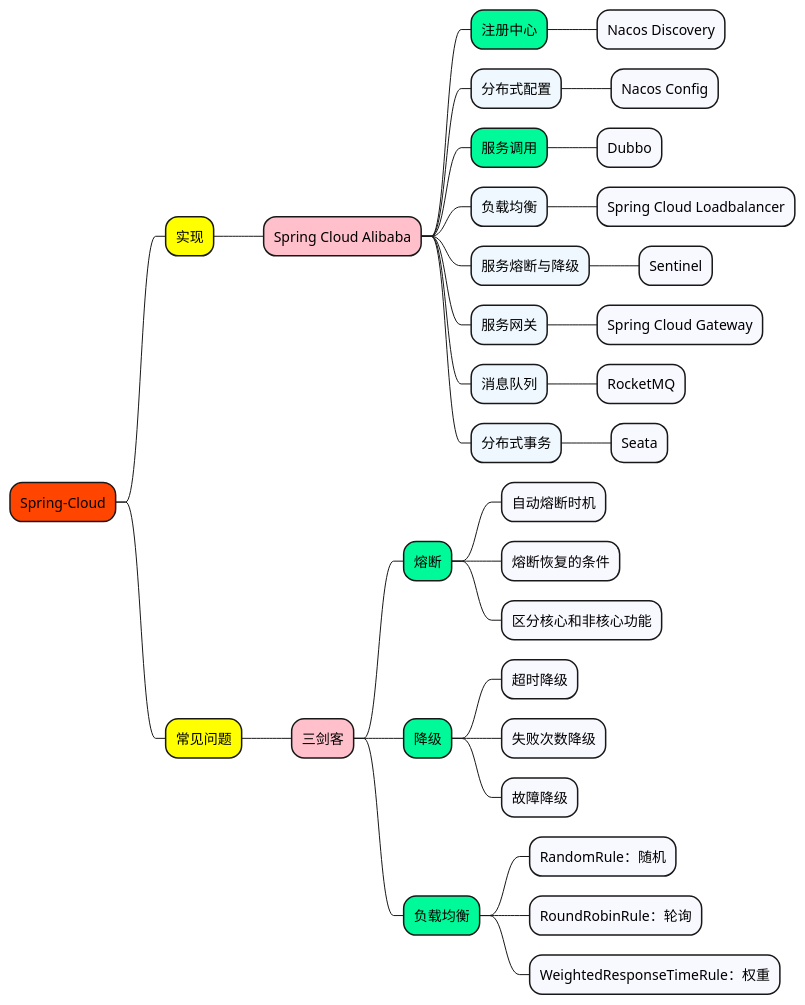
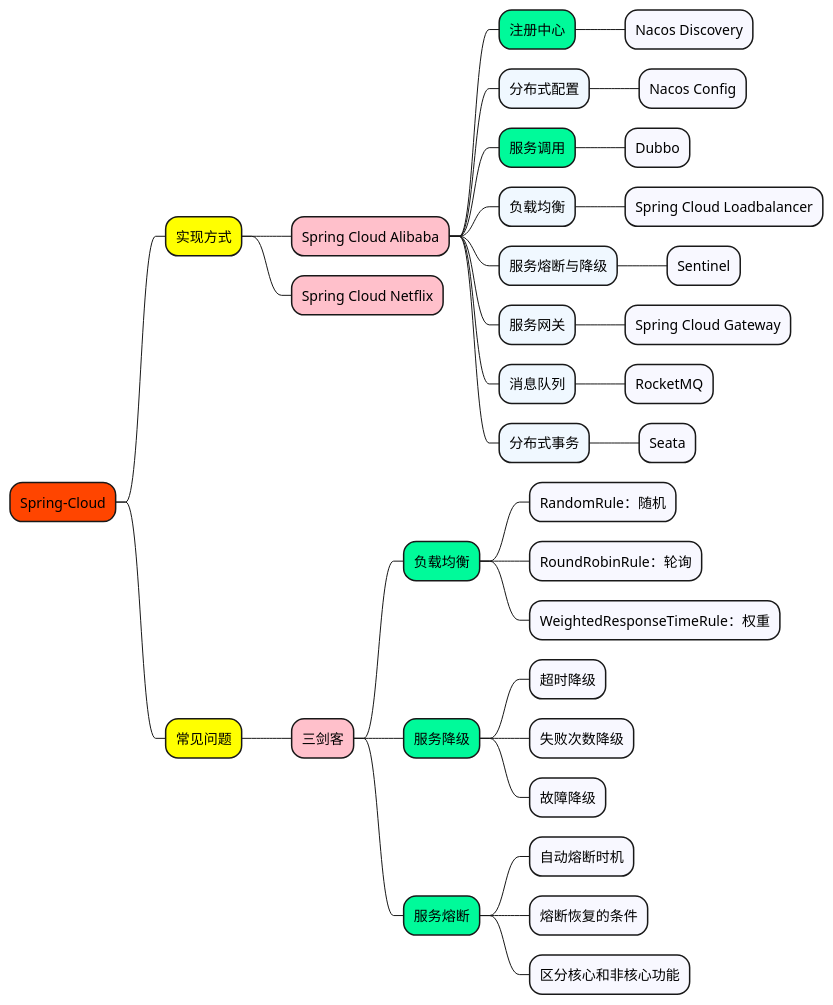
The diagram in 1_map/framework/Spring-Cloud.puml (doveg/self-cultivation-of-a-software-engineer), drawn with PlantUML before and after one commit. The commit also changed 16 other files, not shown here.

```diff
--- a/1_map/framework/Spring-Cloud.puml
+++ b/1_map/framework/Spring-Cloud.puml
@@ -1,46 +1,49 @@
 @startmindmap
 
 +[#OrangeRed] Spring-Cloud
 
-++[#yellow] 实现
+++[#yellow] 实现方式
 
 +++[#Pink] Spring Cloud Alibaba
 ++++[#MediumSpringGreen] 注册中心
 +++++[#GhostWhite] Nacos Discovery
 ++++[#AliceBlue] 分布式配置
 +++++[#GhostWhite] Nacos Config
 ++++[#MediumSpringGreen] 服务调用
 +++++[#GhostWhite] Dubbo
 ++++[#AliceBlue] 负载均衡
 +++++[#GhostWhite] Spring Cloud Loadbalancer
 ++++[#AliceBlue] 服务熔断与降级
 +++++[#GhostWhite] Sentinel
 ++++[#AliceBlue] 服务网关
 +++++[#GhostWhite] Spring Cloud Gateway
 ++++[#AliceBlue] 消息队列
 +++++[#GhostWhite] RocketMQ
 ++++[#AliceBlue] 分布式事务
 +++++[#GhostWhite] Seata
 
++++[#Pink] Spring Cloud Netflix
+
+
 ++[#yellow] 常见问题
 
 +++[#Pink] 三剑客
-++++[#MediumSpringGreen] 熔断
-+++++[#GhostWhite] 自动熔断时机
-+++++[#GhostWhite] 熔断恢复的条件
-+++++[#GhostWhite] 区分核心和非核心功能
-
-++++[#MediumSpringGreen] 降级
-+++++[#GhostWhite] 超时降级
-+++++[#GhostWhite] 失败次数降级
-+++++[#GhostWhite] 故障降级
 
 ++++[#MediumSpringGreen] 负载均衡
 +++++[#GhostWhite] RandomRule：随机
 +++++[#GhostWhite] RoundRobinRule：轮询
 +++++[#GhostWhite] WeightedResponseTimeRule：权重
 
+++++[#MediumSpringGreen] 服务降级
++++++[#GhostWhite] 超时降级
++++++[#GhostWhite] 失败次数降级
++++++[#GhostWhite] 故障降级
+
+++++[#MediumSpringGreen] 服务熔断
++++++[#GhostWhite] 自动熔断时机
++++++[#GhostWhite] 熔断恢复的条件
++++++[#GhostWhite] 区分核心和非核心功能
 
 
 
 @endmindmap
```
